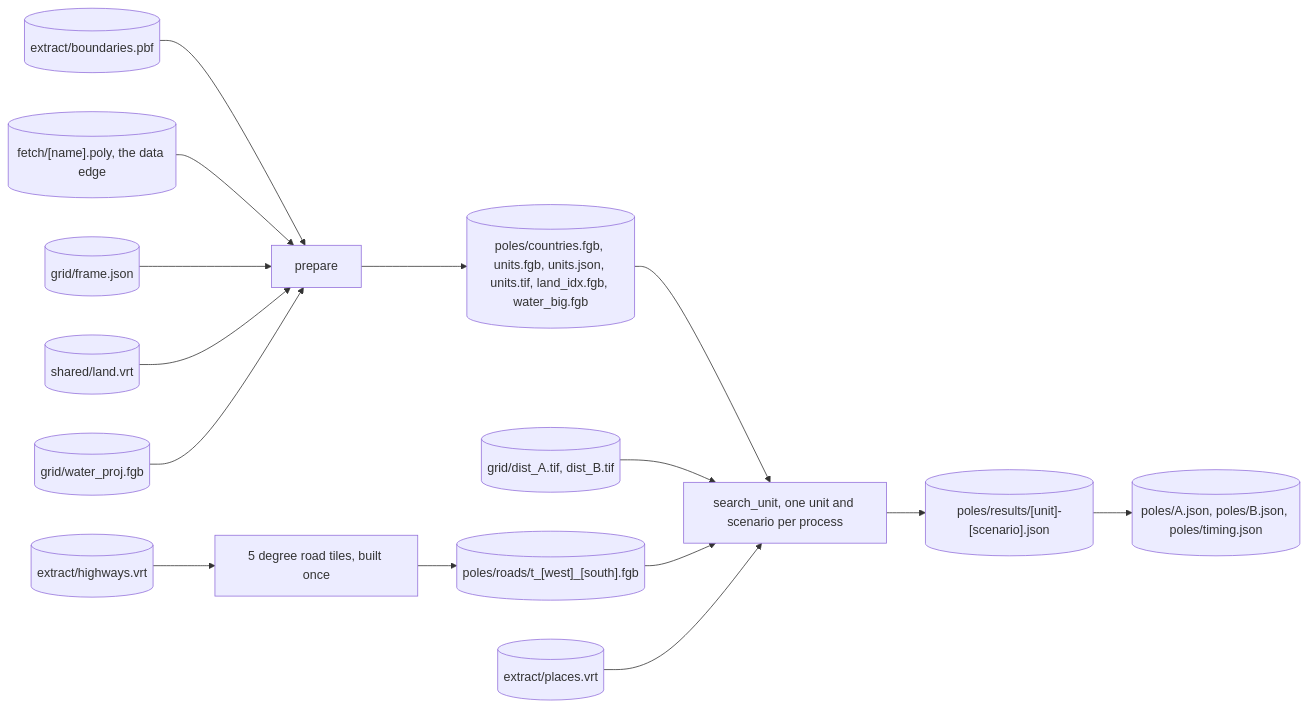
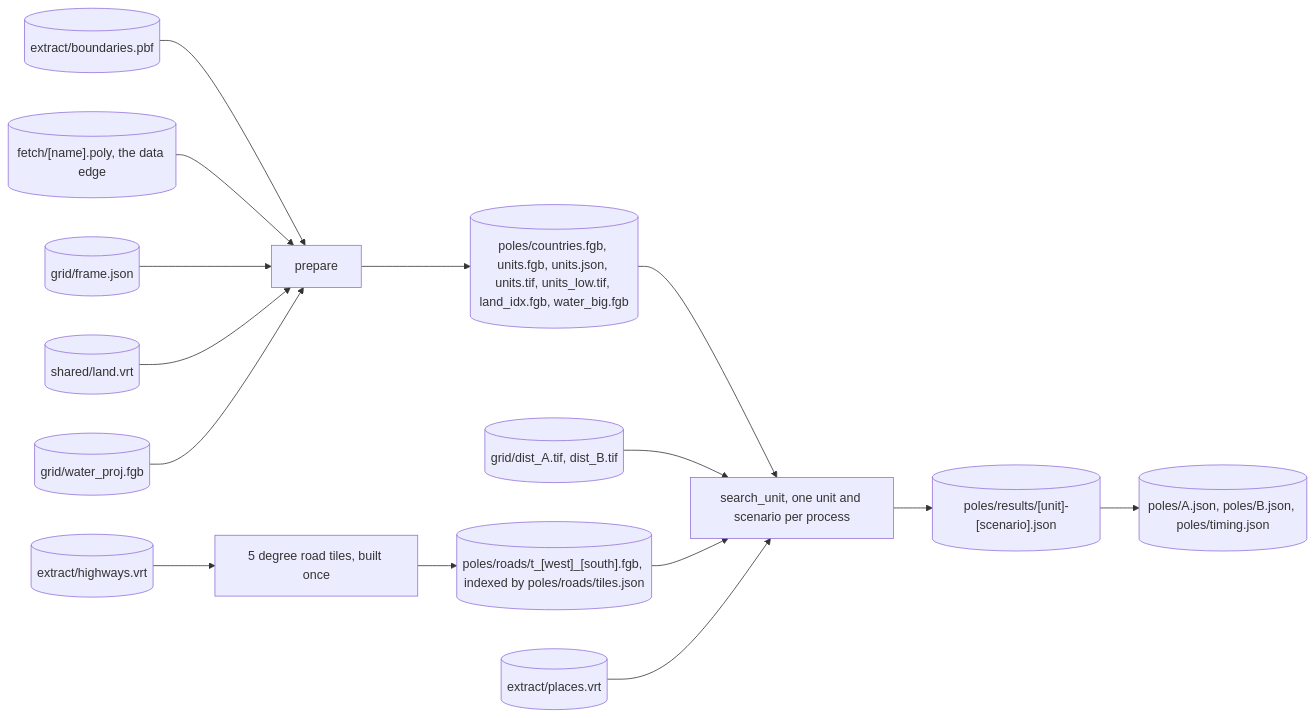
Before and after one commit to donataskasp/poles-of-remoteness: the sixth of 8 diagrams in docs/diagrams/01-pipeline.md, drawn with Mermaid. The commit also changed other lines of this file and 6 other files, not shown here.

Commit message:
docs: doc pins run against the checkout in CI, site data flow and pipeline tables corrected (#42)

````diff
--- a/docs/diagrams/01-pipeline.md
+++ b/docs/diagrams/01-pipeline.md
@@ -81,17 +81,17 @@
 ```mermaid
 flowchart LR
     bpbf[("extract/boundaries.pbf")] --> prepare["prepare"]
     poly[("fetch/[name].poly, the data edge")] --> prepare
     frame[("grid/frame.json")] --> prepare
     landv[("shared/land.vrt")] --> prepare
     wp[("grid/water_proj.fgb")] --> prepare
-    prepare --> units[("poles/countries.fgb, units.fgb, units.json, units.tif, land_idx.fgb, water_big.fgb")]
+    prepare --> units[("poles/countries.fgb, units.fgb, units.json, units.tif, units_low.tif, land_idx.fgb, water_big.fgb")]
     hv[("extract/highways.vrt")] --> tiling["5 degree road tiles, built once"]
-    tiling --> rtiles[("poles/roads/t_[west]_[south].fgb")]
+    tiling --> rtiles[("poles/roads/t_[west]_[south].fgb, indexed by poles/roads/tiles.json")]
     units --> search["search_unit, one unit and scenario per process"]
     dist[("grid/dist_A.tif, dist_B.tif")] --> search
     rtiles --> search
     places[("extract/places.vrt")] --> search
     search --> res[("poles/results/[unit]-[scenario].json")]
     res --> ab[("poles/A.json, poles/B.json, poles/timing.json")]
 ```
````
